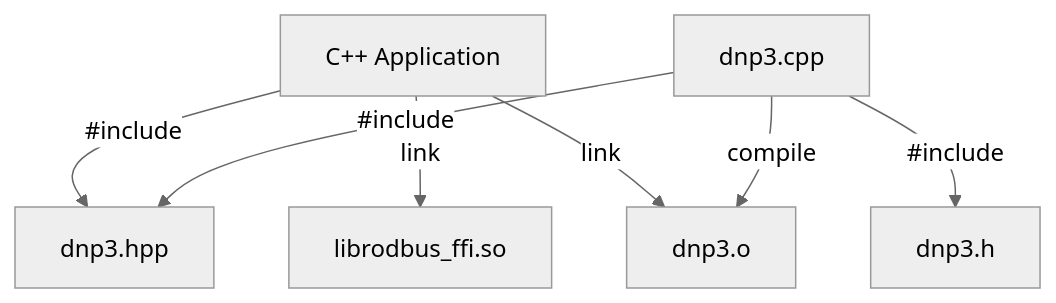
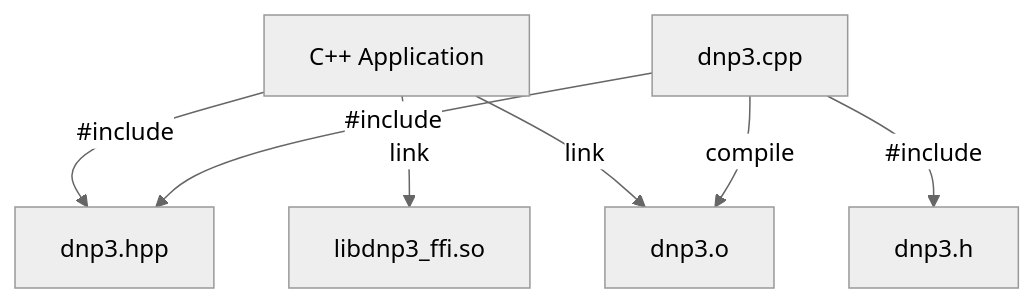
One commit to stepfunc/dnp3 changed the diagram in guide/docs/languages/cpp_lang.mdx. Above: the diagram before and after it, drawn with Mermaid (neutral theme). The commit also changed other lines of this file and 12 other files, not shown here.

````diff
--- a/guide/docs/languages/cpp_lang.mdx
+++ b/guide/docs/languages/cpp_lang.mdx
@@ -14,15 +14,15 @@
 ```mermaid
 graph TD
 A[C++ Application]
 B[dnp3.hpp]
 C[dnp3.cpp]
 F[dnp3.o]
 D[dnp3.h]
-E[librodbus_ffi.so]
+E[libdnp3_ffi.so]
 A -- #include --> B
 C -- #include --> B
 C -- #include --> D
 A -- link --> E
 A -- link --> F
 C -- compile --> F
 ```
````
